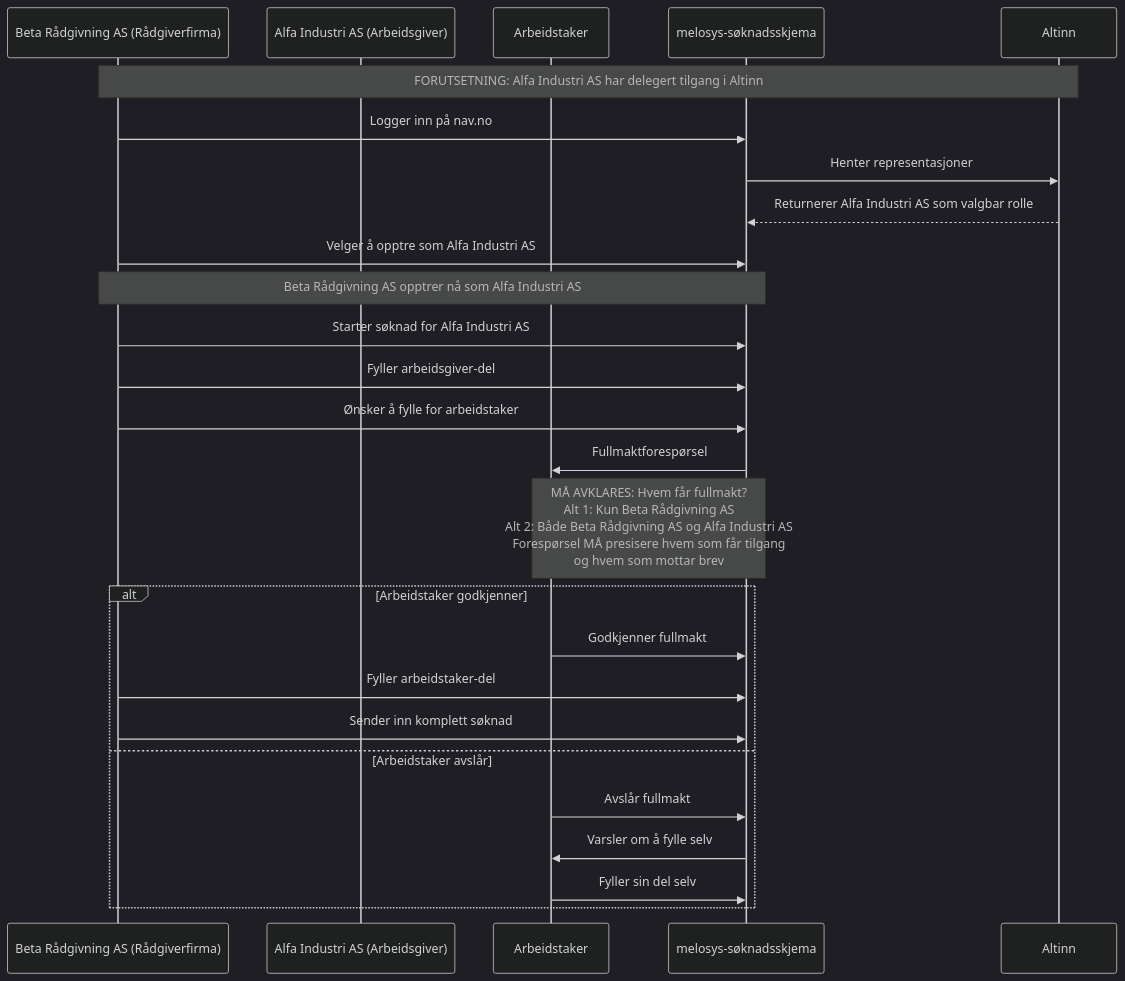
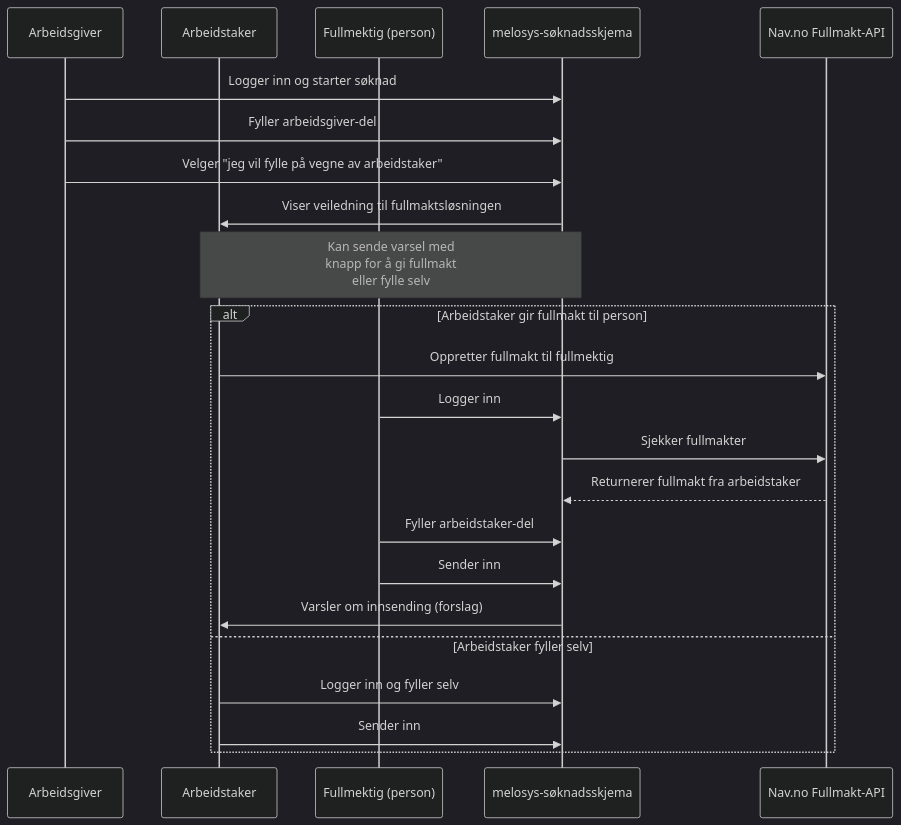
Before and after one commit to navikt/melosys-skjema-api: the first of 3 diagrams in fullmakt.md, drawn with Mermaid (dark theme). The commit also changed other lines of this file and 2 other files, not shown here.

````diff
--- a/fullmakt.md
+++ b/fullmakt.md
@@ -26,34 +47,28 @@
 ```mermaid
 sequenceDiagram
-    participant RF as Beta Rådgivning AS (Rådgiverfirma)
-    participant AG as Alfa Industri AS (Arbeidsgiver)
+    participant AG as Arbeidsgiver
     participant AT as Arbeidstaker
+    participant FM as Fullmektig (person)
     participant System as melosys-søknadsskjema
-    participant Altinn as Altinn
-    
-    Note over RF,Altinn: FORUTSETNING: Alfa Industri AS har delegert tilgang i Altinn
-    
-    RF->>System: Logger inn på nav.no
-    System->>Altinn: Henter representasjoner
-    Altinn-->>System: Returnerer Alfa Industri AS som valgbar rolle
-    RF->>System: Velger å opptre som Alfa Industri AS
-    
-    Note over RF,System: Beta Rådgivning AS opptrer nå som Alfa Industri AS
-    
-    RF->>System: Starter søknad for Alfa Industri AS
-    RF->>System: Fyller arbeidsgiver-del
-    RF->>System: Ønsker å fylle for arbeidstaker
-    
-    System->>AT: Fullmaktforespørsel
-    Note over System,AT: MÅ AVKLARES: Hvem får fullmakt?<br/>Alt 1: Kun Beta Rådgivning AS<br/>Alt 2: Både Beta Rådgivning AS og Alfa Industri AS<br/>Forespørsel MÅ presisere hvem som får tilgang<br/>og hvem som mottar brev
-    
-    alt Arbeidstaker godkjenner
-        AT->>System: Godkjenner fullmakt
-        RF->>System: Fyller arbeidstaker-del
-        RF->>System: Sender inn komplett søknad
-    else Arbeidstaker avslår
-        AT->>System: Avslår fullmakt
-        System->>AT: Varsler om å fylle selv
-        AT->>System: Fyller sin del selv
+    participant NavAPI as Nav.no Fullmakt-API
+
+    AG->>System: Logger inn og starter søknad
+    AG->>System: Fyller arbeidsgiver-del
+    AG->>System: Velger "jeg vil fylle på vegne av arbeidstaker"
+
+    System->>AT: Viser veiledning til fullmaktsløsningen
+    Note over System,AT: Kan sende varsel med<br/>knapp for å gi fullmakt<br/>eller fylle selv
+
+    alt Arbeidstaker gir fullmakt til person
+        AT->>NavAPI: Oppretter fullmakt til fullmektig
+        FM->>System: Logger inn
+        System->>NavAPI: Sjekker fullmakter
+        NavAPI-->>System: Returnerer fullmakt fra arbeidstaker
+        FM->>System: Fyller arbeidstaker-del
+        FM->>System: Sender inn
+        System->>AT: Varsler om innsending (forslag)
+    else Arbeidstaker fyller selv
+        AT->>System: Logger inn og fyller selv
+        AT->>System: Sender inn
     end
 ```
````
